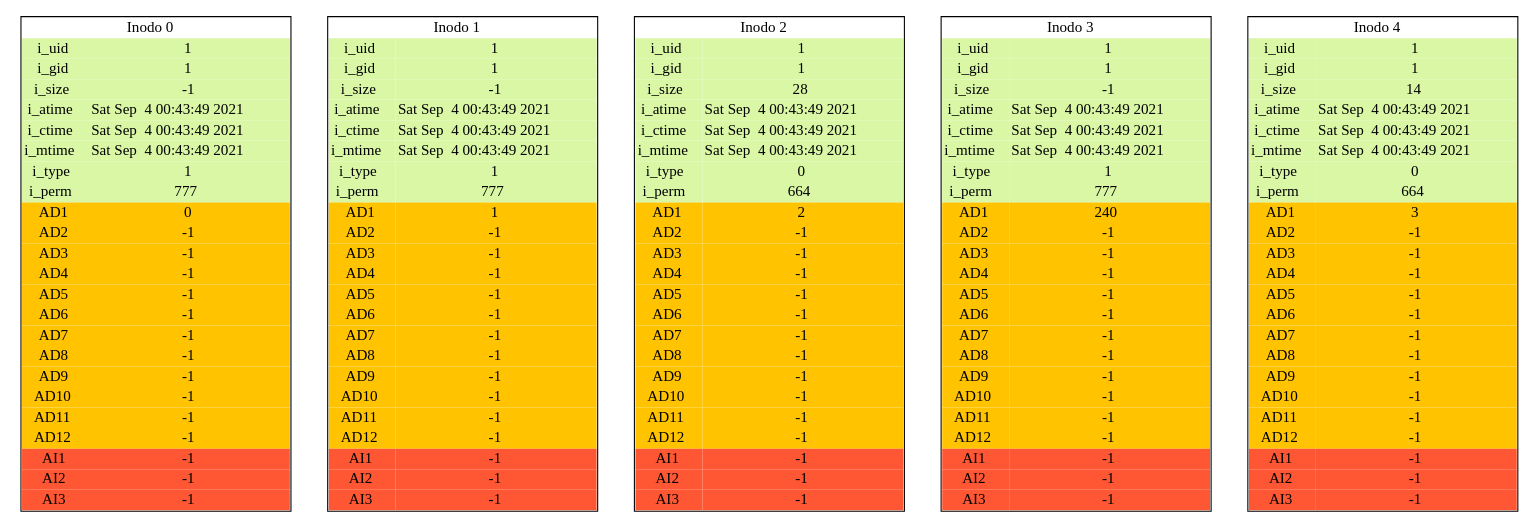
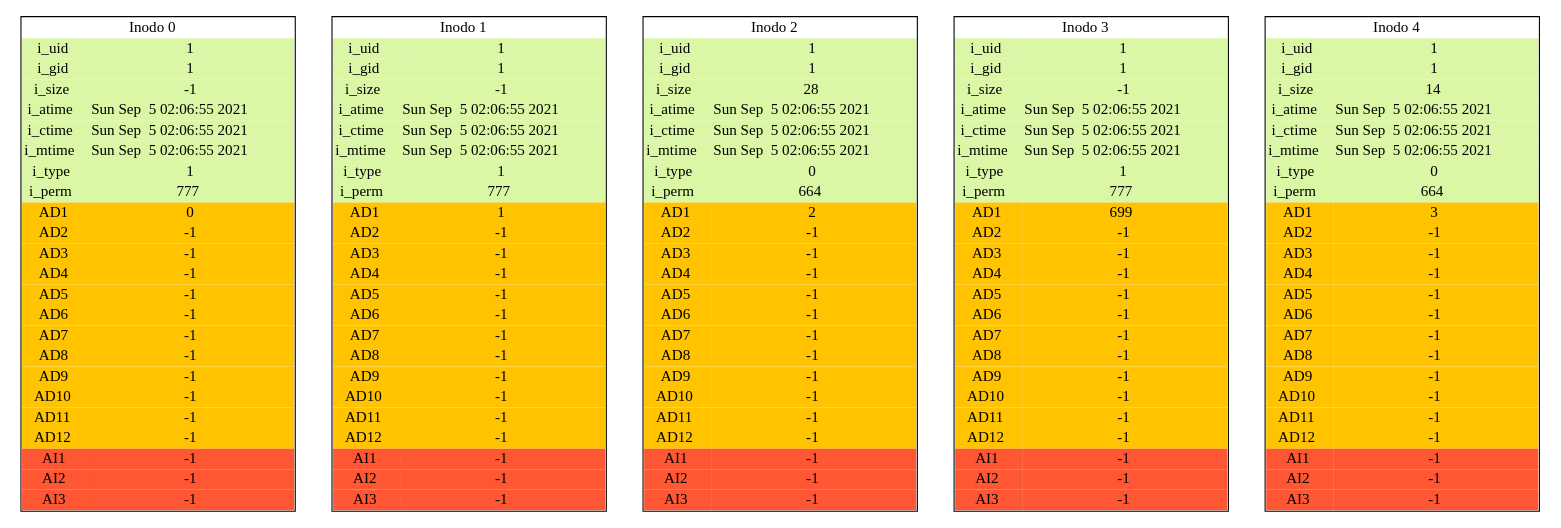
One commit to RojasCJP/Archivos_Practica1 changed the diagram in cmake-build-debug/report_inodes.dot. Above: the diagram before and after it, drawn with Graphviz. The commit also changed 29 other files, not shown here.

```diff
--- a/cmake-build-debug/report_inodes.dot
+++ b/cmake-build-debug/report_inodes.dot
@@ -1,157 +1,157 @@
 digraph {
 i_0[ shape=plaintext label=< 
 <table border="1" cellborder = "0" cellspacing='0'>
 <tr><td colspan="3">Inodo 0</td></tr>
 <tr><td bgcolor="#DAF7A6">i_uid</td><td bgcolor="#DAF7A6">1</td></tr>
 <tr><td bgcolor="#DAF7A6">i_gid</td><td bgcolor="#DAF7A6">1</td></tr>
 <tr><td bgcolor="#DAF7A6">i_size</td><td bgcolor="#DAF7A6">-1</td></tr>
-<tr><td bgcolor="#DAF7A6">i_atime</td><td bgcolor="#DAF7A6">Sat Sep  4 00:43:49 2021
+<tr><td bgcolor="#DAF7A6">i_atime</td><td bgcolor="#DAF7A6">Sun Sep  5 02:06:55 2021
 </td></tr>
-<tr><td bgcolor="#DAF7A6">i_ctime</td><td bgcolor="#DAF7A6">Sat Sep  4 00:43:49 2021
+<tr><td bgcolor="#DAF7A6">i_ctime</td><td bgcolor="#DAF7A6">Sun Sep  5 02:06:55 2021
 </td></tr>
-<tr><td bgcolor="#DAF7A6">i_mtime</td><td bgcolor="#DAF7A6">Sat Sep  4 00:43:49 2021
+<tr><td bgcolor="#DAF7A6">i_mtime</td><td bgcolor="#DAF7A6">Sun Sep  5 02:06:55 2021
 </td></tr>
 <tr><td bgcolor="#DAF7A6">i_type</td><td bgcolor="#DAF7A6">1</td></tr>
 <tr><td bgcolor="#DAF7A6">i_perm</td><td bgcolor="#DAF7A6">777</td></tr>
 <tr><td bgcolor="#FFC300">AD1</td><td  bgcolor="#FFC300">0</td></tr>
 <tr><td bgcolor="#FFC300">AD2</td><td  bgcolor="#FFC300">-1</td></tr>
 <tr><td bgcolor="#FFC300">AD3</td><td  bgcolor="#FFC300">-1</td></tr>
 <tr><td bgcolor="#FFC300">AD4</td><td  bgcolor="#FFC300">-1</td></tr>
 <tr><td bgcolor="#FFC300">AD5</td><td  bgcolor="#FFC300">-1</td></tr>
 <tr><td bgcolor="#FFC300">AD6</td><td  bgcolor="#FFC300">-1</td></tr>
 <tr><td bgcolor="#FFC300">AD7</td><td  bgcolor="#FFC300">-1</td></tr>
 <tr><td bgcolor="#FFC300">AD8</td><td  bgcolor="#FFC300">-1</td></tr>
 <tr><td bgcolor="#FFC300">AD9</td><td  bgcolor="#FFC300">-1</td></tr>
 <tr><td bgcolor="#FFC300">AD10</td><td  bgcolor="#FFC300">-1</td></tr>
 <tr><td bgcolor="#FFC300">AD11</td><td  bgcolor="#FFC300">-1</td></tr>
 <tr><td bgcolor="#FFC300">AD12</td><td  bgcolor="#FFC300">-1</td></tr>
 <tr><td bgcolor="#FF5733">AI1</td><td bgcolor="#FF5733">-1</td></tr>
 <tr><td bgcolor="#FF5733">AI2</td><td bgcolor="#FF5733">-1</td></tr>
 <tr><td bgcolor="#FF5733">AI3</td><td bgcolor="#FF5733">-1</td></tr>
 </table>
 >];
 i_1[ shape=plaintext label=< 
 <table border="1" cellborder = "0" cellspacing='0'>
 <tr><td colspan="3">Inodo 1</td></tr>
 <tr><td bgcolor="#DAF7A6">i_uid</td><td bgcolor="#DAF7A6">1</td></tr>
 <tr><td bgcolor="#DAF7A6">i_gid</td><td bgcolor="#DAF7A6">1</td></tr>
 <tr><td bgcolor="#DAF7A6">i_size</td><td bgcolor="#DAF7A6">-1</td></tr>
-<tr><td bgcolor="#DAF7A6">i_atime</td><td bgcolor="#DAF7A6">Sat Sep  4 00:43:49 2021
+<tr><td bgcolor="#DAF7A6">i_atime</td><td bgcolor="#DAF7A6">Sun Sep  5 02:06:55 2021
 </td></tr>
-<tr><td bgcolor="#DAF7A6">i_ctime</td><td bgcolor="#DAF7A6">Sat Sep  4 00:43:49 2021
+<tr><td bgcolor="#DAF7A6">i_ctime</td><td bgcolor="#DAF7A6">Sun Sep  5 02:06:55 2021
 </td></tr>
-<tr><td bgcolor="#DAF7A6">i_mtime</td><td bgcolor="#DAF7A6">Sat Sep  4 00:43:49 2021
+<tr><td bgcolor="#DAF7A6">i_mtime</td><td bgcolor="#DAF7A6">Sun Sep  5 02:06:55 2021
 </td></tr>
 <tr><td bgcolor="#DAF7A6">i_type</td><td bgcolor="#DAF7A6">1</td></tr>
 <tr><td bgcolor="#DAF7A6">i_perm</td><td bgcolor="#DAF7A6">777</td></tr>
 <tr><td bgcolor="#FFC300">AD1</td><td  bgcolor="#FFC300">1</td></tr>
 <tr><td bgcolor="#FFC300">AD2</td><td  bgcolor="#FFC300">-1</td></tr>
 <tr><td bgcolor="#FFC300">AD3</td><td  bgcolor="#FFC300">-1</td></tr>
 <tr><td bgcolor="#FFC300">AD4</td><td  bgcolor="#FFC300">-1</td></tr>
 <tr><td bgcolor="#FFC300">AD5</td><td  bgcolor="#FFC300">-1</td></tr>
 <tr><td bgcolor="#FFC300">AD6</td><td  bgcolor="#FFC300">-1</td></tr>
 <tr><td bgcolor="#FFC300">AD7</td><td  bgcolor="#FFC300">-1</td></tr>
 <tr><td bgcolor="#FFC300">AD8</td><td  bgcolor="#FFC300">-1</td></tr>
 <tr><td bgcolor="#FFC300">AD9</td><td  bgcolor="#FFC300">-1</td></tr>
 <tr><td bgcolor="#FFC300">AD10</td><td  bgcolor="#FFC300">-1</td></tr>
 <tr><td bgcolor="#FFC300">AD11</td><td  bgcolor="#FFC300">-1</td></tr>
 <tr><td bgcolor="#FFC300">AD12</td><td  bgcolor="#FFC300">-1</td></tr>
 <tr><td bgcolor="#FF5733">AI1</td><td bgcolor="#FF5733">-1</td></tr>
 <tr><td bgcolor="#FF5733">AI2</td><td bgcolor="#FF5733">-1</td></tr>
 <tr><td bgcolor="#FF5733">AI3</td><td bgcolor="#FF5733">-1</td></tr>
 </table>
 >];
 i_2[ shape=plaintext label=< 
 <table border="1" cellborder = "0" cellspacing='0'>
 <tr><td colspan="3">Inodo 2</td></tr>
 <tr><td bgcolor="#DAF7A6">i_uid</td><td bgcolor="#DAF7A6">1</td></tr>
 <tr><td bgcolor="#DAF7A6">i_gid</td><td bgcolor="#DAF7A6">1</td></tr>
 <tr><td bgcolor="#DAF7A6">i_size</td><td bgcolor="#DAF7A6">28</td></tr>
-<tr><td bgcolor="#DAF7A6">i_atime</td><td bgcolor="#DAF7A6">Sat Sep  4 00:43:49 2021
+<tr><td bgcolor="#DAF7A6">i_atime</td><td bgcolor="#DAF7A6">Sun Sep  5 02:06:55 2021
 </td></tr>
-<tr><td bgcolor="#DAF7A6">i_ctime</td><td bgcolor="#DAF7A6">Sat Sep  4 00:43:49 2021
+<tr><td bgcolor="#DAF7A6">i_ctime</td><td bgcolor="#DAF7A6">Sun Sep  5 02:06:55 2021
 </td></tr>
-<tr><td bgcolor="#DAF7A6">i_mtime</td><td bgcolor="#DAF7A6">Sat Sep  4 00:43:49 2021
+<tr><td bgcolor="#DAF7A6">i_mtime</td><td bgcolor="#DAF7A6">Sun Sep  5 02:06:55 2021
 </td></tr>
 <tr><td bgcolor="#DAF7A6">i_type</td><td bgcolor="#DAF7A6">0</td></tr>
 <tr><td bgcolor="#DAF7A6">i_perm</td><td bgcolor="#DAF7A6">664</td></tr>
 <tr><td bgcolor="#FFC300">AD1</td><td  bgcolor="#FFC300">2</td></tr>
 <tr><td bgcolor="#FFC300">AD2</td><td  bgcolor="#FFC300">-1</td></tr>
 <tr><td bgcolor="#FFC300">AD3</td><td  bgcolor="#FFC300">-1</td></tr>
 <tr><td bgcolor="#FFC300">AD4</td><td  bgcolor="#FFC300">-1</td></tr>
 <tr><td bgcolor="#FFC300">AD5</td><td  bgcolor="#FFC300">-1</td></tr>
 <tr><td bgcolor="#FFC300">AD6</td><td  bgcolor="#FFC300">-1</td></tr>
 <tr><td bgcolor="#FFC300">AD7</td><td  bgcolor="#FFC300">-1</td></tr>
 <tr><td bgcolor="#FFC300">AD8</td><td  bgcolor="#FFC300">-1</td></tr>
 <tr><td bgcolor="#FFC300">AD9</td><td  bgcolor="#FFC300">-1</td></tr>
 <tr><td bgcolor="#FFC300">AD10</td><td  bgcolor="#FFC300">-1</td></tr>
 <tr><td bgcolor="#FFC300">AD11</td><td  bgcolor="#FFC300">-1</td></tr>
 <tr><td bgcolor="#FFC300">AD12</td><td  bgcolor="#FFC300">-1</td></tr>
 <tr><td bgcolor="#FF5733">AI1</td><td bgcolor="#FF5733">-1</td></tr>
 <tr><td bgcolor="#FF5733">AI2</td><td bgcolor="#FF5733">-1</td></tr>
 <tr><td bgcolor="#FF5733">AI3</td><td bgcolor="#FF5733">-1</td></tr>
 </table>
 >];
 i_3[ shape=plaintext label=< 
 <table border="1" cellborder = "0" cellspacing='0'>
 <tr><td colspan="3">Inodo 3</td></tr>
 <tr><td bgcolor="#DAF7A6">i_uid</td><td bgcolor="#DAF7A6">1</td></tr>
 <tr><td bgcolor="#DAF7A6">i_gid</td><td bgcolor="#DAF7A6">1</td></tr>
 <tr><td bgcolor="#DAF7A6">i_size</td><td bgcolor="#DAF7A6">-1</td></tr>
-<tr><td bgcolor="#DAF7A6">i_atime</td><td bgcolor="#DAF7A6">Sat Sep  4 00:43:49 2021
+<tr><td bgcolor="#DAF7A6">i_atime</td><td bgcolor="#DAF7A6">Sun Sep  5 02:06:55 2021
 </td></tr>
-<tr><td bgcolor="#DAF7A6">i_ctime</td><td bgcolor="#DAF7A6">Sat Sep  4 00:43:49 2021
+<tr><td bgcolor="#DAF7A6">i_ctime</td><td bgcolor="#DAF7A6">Sun Sep  5 02:06:55 2021
 </td></tr>
-<tr><td bgcolor="#DAF7A6">i_mtime</td><td bgcolor="#DAF7A6">Sat Sep  4 00:43:49 2021
+<tr><td bgcolor="#DAF7A6">i_mtime</td><td bgcolor="#DAF7A6">Sun Sep  5 02:06:55 2021
 </td></tr>
 <tr><td bgcolor="#DAF7A6">i_type</td><td bgcolor="#DAF7A6">1</td></tr>
 <tr><td bgcolor="#DAF7A6">i_perm</td><td bgcolor="#DAF7A6">777</td></tr>
-<tr><td bgcolor="#FFC300">AD1</td><td  bgcolor="#FFC300">240</td></tr>
+<tr><td bgcolor="#FFC300">AD1</td><td  bgcolor="#FFC300">699</td></tr>
 <tr><td bgcolor="#FFC300">AD2</td><td  bgcolor="#FFC300">-1</td></tr>
 <tr><td bgcolor="#FFC300">AD3</td><td  bgcolor="#FFC300">-1</td></tr>
 <tr><td bgcolor="#FFC300">AD4</td><td  bgcolor="#FFC300">-1</td></tr>
 <tr><td bgcolor="#FFC300">AD5</td><td  bgcolor="#FFC300">-1</td></tr>
 <tr><td bgcolor="#FFC300">AD6</td><td  bgcolor="#FFC300">-1</td></tr>
 <tr><td bgcolor="#FFC300">AD7</td><td  bgcolor="#FFC300">-1</td></tr>
 <tr><td bgcolor="#FFC300">AD8</td><td  bgcolor="#FFC300">-1</td></tr>
 <tr><td bgcolor="#FFC300">AD9</td><td  bgcolor="#FFC300">-1</td></tr>
 <tr><td bgcolor="#FFC300">AD10</td><td  bgcolor="#FFC300">-1</td></tr>
 <tr><td bgcolor="#FFC300">AD11</td><td  bgcolor="#FFC300">-1</td></tr>
 <tr><td bgcolor="#FFC300">AD12</td><td  bgcolor="#FFC300">-1</td></tr>
 <tr><td bgcolor="#FF5733">AI1</td><td bgcolor="#FF5733">-1</td></tr>
 <tr><td bgcolor="#FF5733">AI2</td><td bgcolor="#FF5733">-1</td></tr>
 <tr><td bgcolor="#FF5733">AI3</td><td bgcolor="#FF5733">-1</td></tr>
 </table>
 >];
 i_4[ shape=plaintext label=< 
 <table border="1" cellborder = "0" cellspacing='0'>
 <tr><td colspan="3">Inodo 4</td></tr>
 <tr><td bgcolor="#DAF7A6">i_uid</td><td bgcolor="#DAF7A6">1</td></tr>
 <tr><td bgcolor="#DAF7A6">i_gid</td><td bgcolor="#DAF7A6">1</td></tr>
 <tr><td bgcolor="#DAF7A6">i_size</td><td bgcolor="#DAF7A6">14</td></tr>
-<tr><td bgcolor="#DAF7A6">i_atime</td><td bgcolor="#DAF7A6">Sat Sep  4 00:43:49 2021
+<tr><td bgcolor="#DAF7A6">i_atime</td><td bgcolor="#DAF7A6">Sun Sep  5 02:06:55 2021
 </td></tr>
-<tr><td bgcolor="#DAF7A6">i_ctime</td><td bgcolor="#DAF7A6">Sat Sep  4 00:43:49 2021
+<tr><td bgcolor="#DAF7A6">i_ctime</td><td bgcolor="#DAF7A6">Sun Sep  5 02:06:55 2021
 </td></tr>
-<tr><td bgcolor="#DAF7A6">i_mtime</td><td bgcolor="#DAF7A6">Sat Sep  4 00:43:49 2021
+<tr><td bgcolor="#DAF7A6">i_mtime</td><td bgcolor="#DAF7A6">Sun Sep  5 02:06:55 2021
 </td></tr>
 <tr><td bgcolor="#DAF7A6">i_type</td><td bgcolor="#DAF7A6">0</td></tr>
 <tr><td bgcolor="#DAF7A6">i_perm</td><td bgcolor="#DAF7A6">664</td></tr>
 <tr><td bgcolor="#FFC300">AD1</td><td  bgcolor="#FFC300">3</td></tr>
 <tr><td bgcolor="#FFC300">AD2</td><td  bgcolor="#FFC300">-1</td></tr>
 <tr><td bgcolor="#FFC300">AD3</td><td  bgcolor="#FFC300">-1</td></tr>
 <tr><td bgcolor="#FFC300">AD4</td><td  bgcolor="#FFC300">-1</td></tr>
 <tr><td bgcolor="#FFC300">AD5</td><td  bgcolor="#FFC300">-1</td></tr>
 <tr><td bgcolor="#FFC300">AD6</td><td  bgcolor="#FFC300">-1</td></tr>
 <tr><td bgcolor="#FFC300">AD7</td><td  bgcolor="#FFC300">-1</td></tr>
 <tr><td bgcolor="#FFC300">AD8</td><td  bgcolor="#FFC300">-1</td></tr>
 <tr><td bgcolor="#FFC300">AD9</td><td  bgcolor="#FFC300">-1</td></tr>
 <tr><td bgcolor="#FFC300">AD10</td><td  bgcolor="#FFC300">-1</td></tr>
 <tr><td bgcolor="#FFC300">AD11</td><td  bgcolor="#FFC300">-1</td></tr>
 <tr><td bgcolor="#FFC300">AD12</td><td  bgcolor="#FFC300">-1</td></tr>
 <tr><td bgcolor="#FF5733">AI1</td><td bgcolor="#FF5733">-1</td></tr>
 <tr><td bgcolor="#FF5733">AI2</td><td bgcolor="#FF5733">-1</td></tr>
 <tr><td bgcolor="#FF5733">AI3</td><td bgcolor="#FF5733">-1</td></tr>
 </table>
 >];
 }
```
